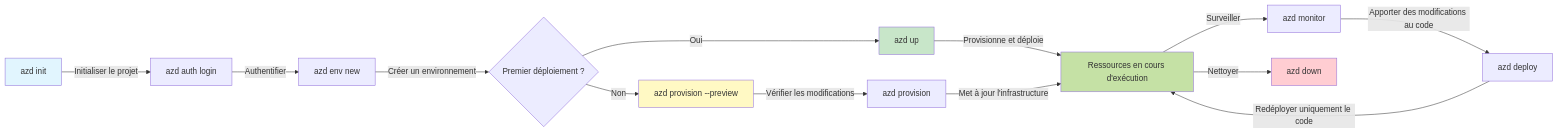
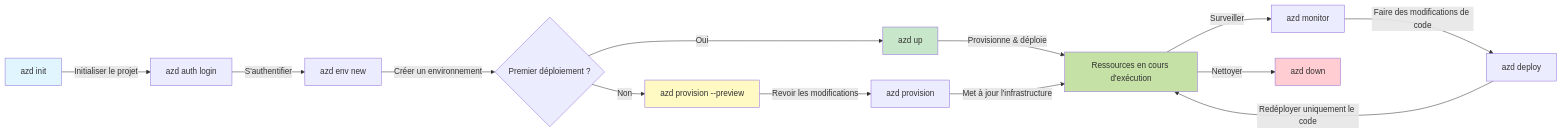
The first of 2 diagrams in translations/fr/docs/chapter-01-foundation/azd-basics.md (microsoft/AZD-for-beginners), drawn with Mermaid before and after one commit. The commit also changed other lines of this file and 99 other files, not shown here.

````diff
--- a/translations/fr/docs/chapter-01-foundation/azd-basics.md
+++ b/translations/fr/docs/chapter-01-foundation/azd-basics.md
@@ -269,21 +269,21 @@
 ```mermaid
 graph LR
     A[azd init] -->|Initialiser le projet| B[azd auth login]
-    B -->|Authentifier| C[azd env new]
+    B -->|S'authentifier| C[azd env new]
     C -->|Créer un environnement| D{Premier déploiement ?}
     D -->|Oui| E[azd up]
     D -->|Non| F[azd provision --preview]
-    F -->|Vérifier les modifications| G[azd provision]
-    E -->|Provisionne et déploie| H[Ressources en cours d'exécution]
+    F -->|Revoir les modifications| G[azd provision]
+    E -->|Provisionne & déploie| H[Ressources en cours d'exécution]
     G -->|Met à jour l'infrastructure| H
     H -->|Surveiller| I[azd monitor]
-    I -->|Apporter des modifications au code| J[azd deploy]
+    I -->|Faire des modifications de code| J[azd deploy]
     J -->|Redéployer uniquement le code| H
     H -->|Nettoyer| K[azd down]
     
     style A fill:#e1f5fe
     style E fill:#c8e6c9
     style F fill:#fff9c4
     style H fill:#c5e1a5
     style K fill:#ffcdd2
 ```
````
